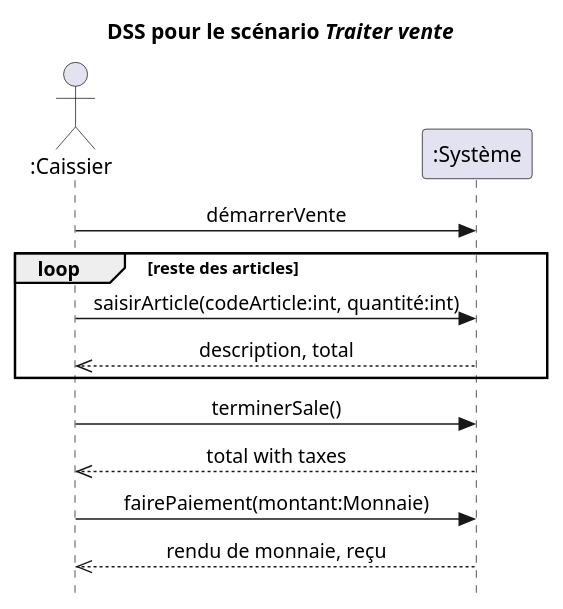
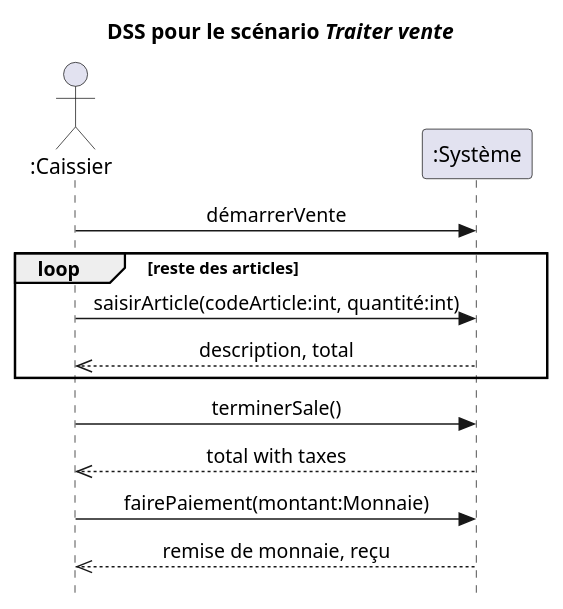
The first of 2 diagrams in Annexe_Cas_utilisation_Traiter_vente.qmd (fuhrmanator/log210-ndc-quarto), drawn with PlantUML before and after one commit. The commit also changed other lines of this file and 1 other file, not shown here.

````diff
--- a/Annexe_Cas_utilisation_Traiter_vente.qmd
+++ b/Annexe_Cas_utilisation_Traiter_vente.qmd
@@ -7,19 +7,19 @@
-```{.plantuml caption="DSS pour le scénario Traiter Vente de @craig_uml_2005"}
+```{.plantuml caption="DSS pour le scénario Traiter vente de @craig_uml_2005."}
 @startuml
 skinparam style strictuml
 skinparam SequenceMessageAlign center
 skinparam backgroundcolor transparent
 title DSS pour le scénario <i>Traiter vente</i>
 actor ":Caissier" as c
 participant ":Système" as s
 c->s : démarrerVente
 loop reste des articles
  c->s : saisirArticle(codeArticle:int, quantité:int)
  c<<--s : description, total
 end loop
 c->s : terminerSale()
 c<<--s : total with taxes
 c->s : fairePaiement(montant:Monnaie)
-c<<--s : rendu de monnaie, reçu
+c<<--s : remise de monnaie, reçu
 @enduml
 ```
````
